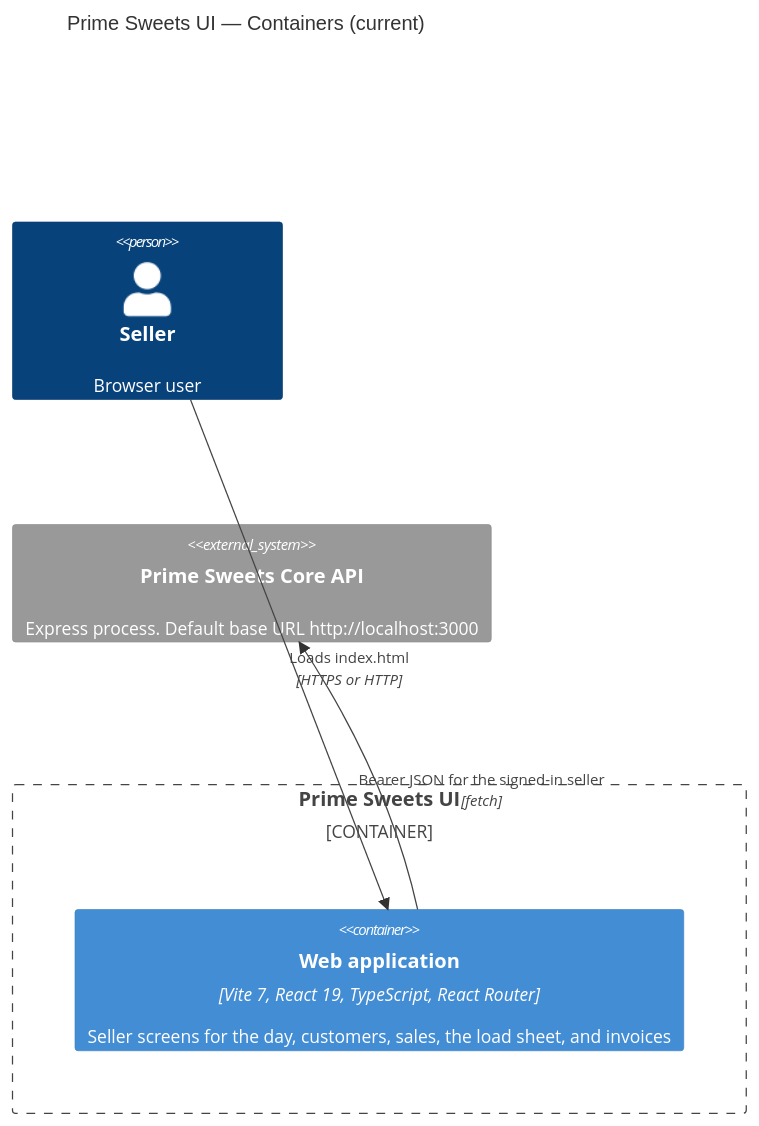
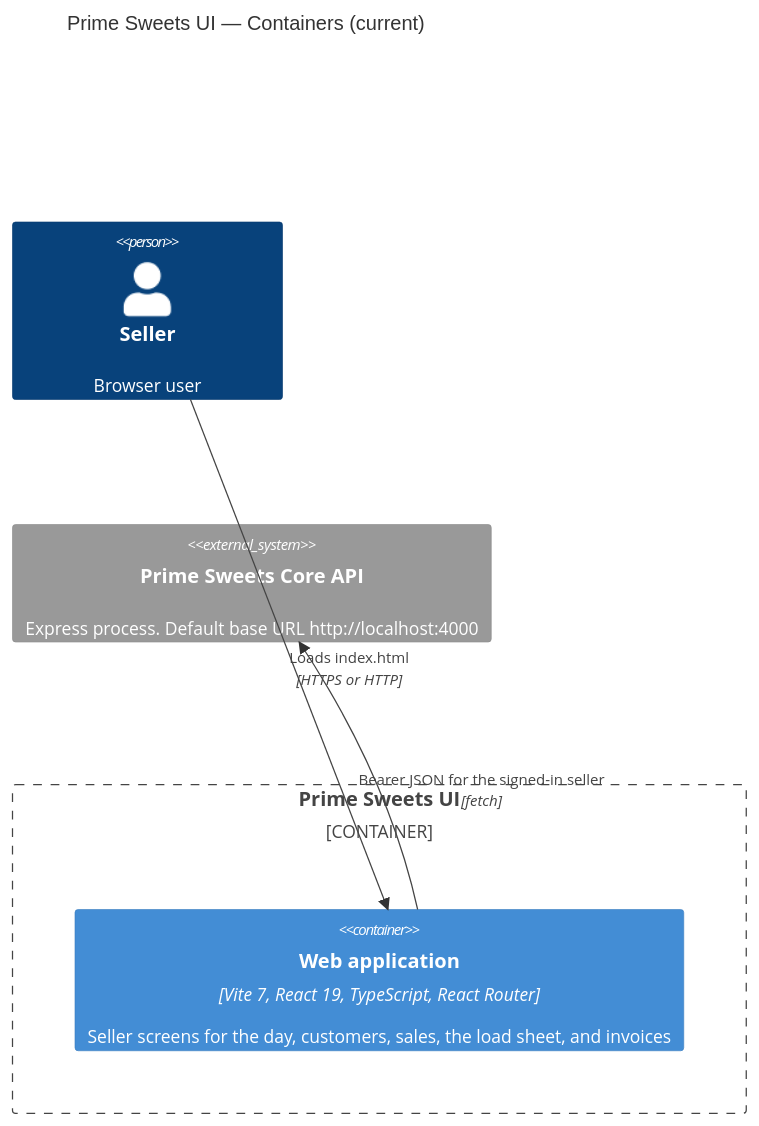
Before and after one commit to X01SERYO/prime-sweets-ui: the diagram in docs/architecture/02-container.md, drawn with Mermaid. The commit also changed other lines of this file and 32 other files, not shown here.

````diff
--- a/docs/architecture/02-container.md
+++ b/docs/architecture/02-container.md
@@ -9,15 +9,15 @@
 ```mermaid
 C4Container
 title Prime Sweets UI — Containers (current)
 
 Person(seller, "Seller", "Browser user")
 
 Container_Boundary(client, "Prime Sweets UI") {
   Container(spa, "Web application", "Vite 7, React 19, TypeScript, React Router", "Seller screens for the day, customers, sales, the load sheet, and invoices")
 }
 
-System_Ext(api, "Prime Sweets Core API", "Express process. Default base URL http://localhost:3000")
+System_Ext(api, "Prime Sweets Core API", "Express process. Default base URL http://localhost:4000")
 
 Rel(seller, spa, "Loads index.html", "HTTPS or HTTP")
 Rel(spa, api, "Bearer JSON for the signed-in seller", "fetch")
 ```
````
